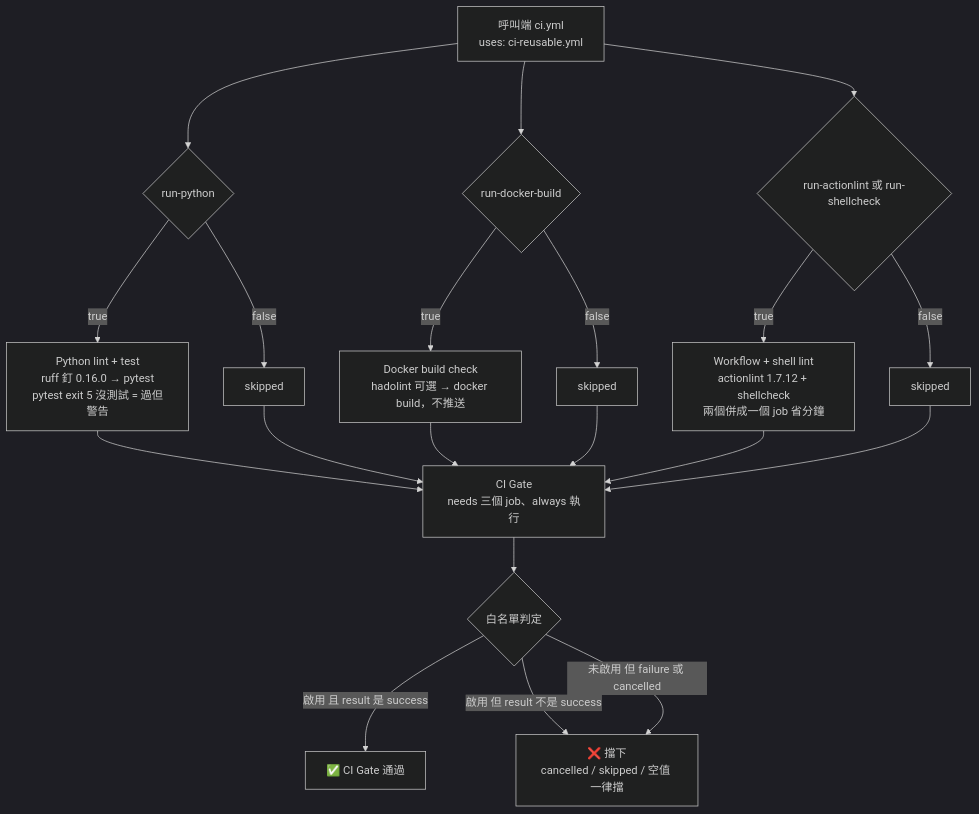
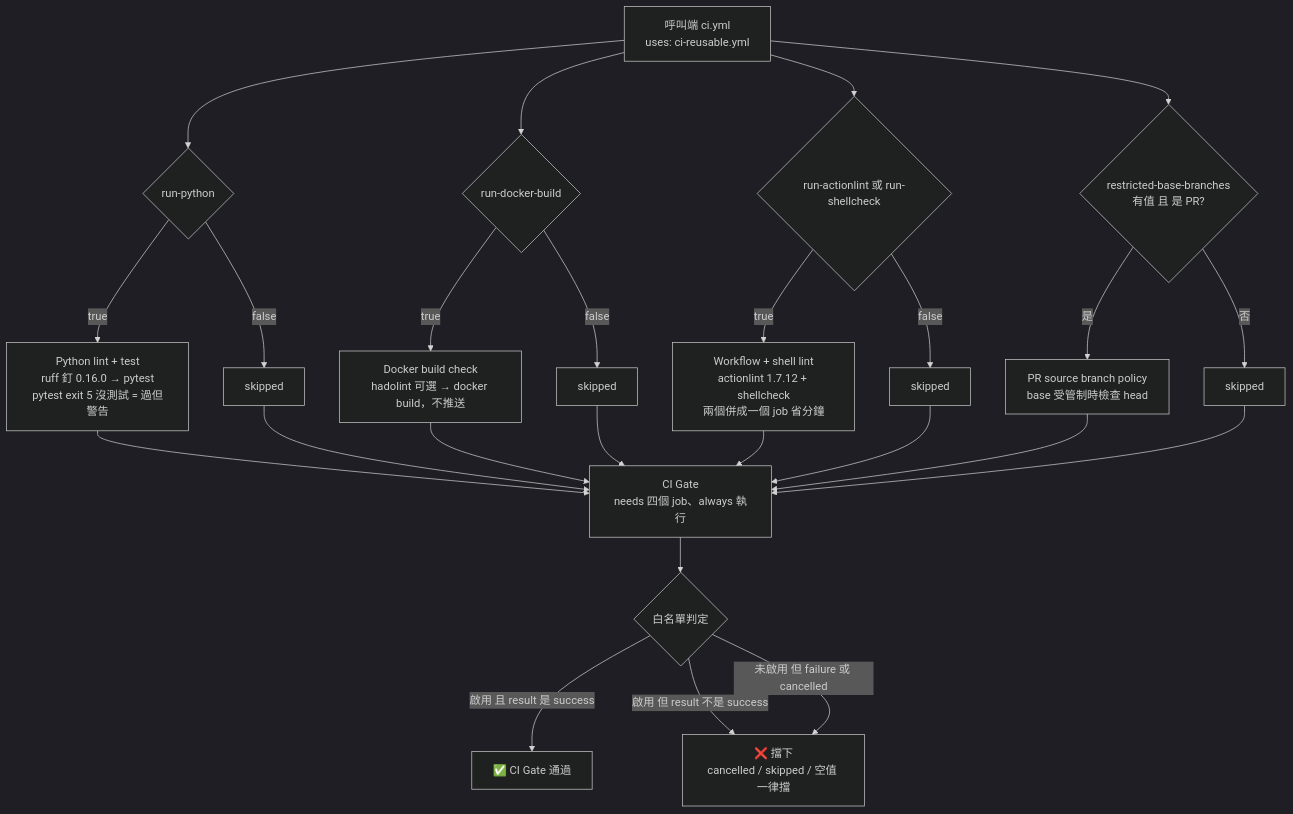
The second of 3 diagrams in docs/FLOW.md (singi0771/ci-standards), drawn with Mermaid (dark theme) before and after one commit. The commit also changed other lines of this file and 10 other files, not shown here.

````diff
--- a/docs/FLOW.md
+++ b/docs/FLOW.md
@@ -68,27 +71,33 @@
 ```mermaid
 flowchart TD
     CALL[呼叫端 ci.yml<br/>uses: ci-reusable.yml] --> P{run-python}
     CALL --> D{run-docker-build}
     CALL --> L{run-actionlint 或 run-shellcheck}
 
     P -->|true| PJ[Python lint + test<br/>ruff 釘 0.16.0 → pytest<br/>pytest exit 5 沒測試 = 過但警告]
     P -->|false| PS[skipped]
 
     D -->|true| DJ[Docker build check<br/>hadolint 可選 → docker build，不推送]
     D -->|false| DS[skipped]
 
     L -->|true| LJ[Workflow + shell lint<br/>actionlint 1.7.12 + shellcheck<br/>兩個併成一個 job 省分鐘]
     L -->|false| LS[skipped]
 
-    PJ --> G[CI Gate<br/>needs 三個 job、always 執行]
+    CALL --> B2{restricted-base-branches<br/>有值 且 是 PR?}
+    B2 -->|是| BJ[PR source branch policy<br/>base 受管制時檢查 head]
+    B2 -->|否| BS[skipped]
+
+    PJ --> G[CI Gate<br/>needs 四個 job、always 執行]
     PS --> G
     DJ --> G
     DS --> G
     LJ --> G
     LS --> G
+    BJ --> G
+    BS --> G
 
     G --> RULE{白名單判定}
     RULE -->|啟用 且 result 是 success| OK[✅ CI Gate 通過]
     RULE -->|啟用 但 result 不是 success| NG[❌ 擋下<br/>cancelled / skipped / 空值 一律擋]
     RULE -->|未啟用 但 failure 或 cancelled| NG
 ```
````
